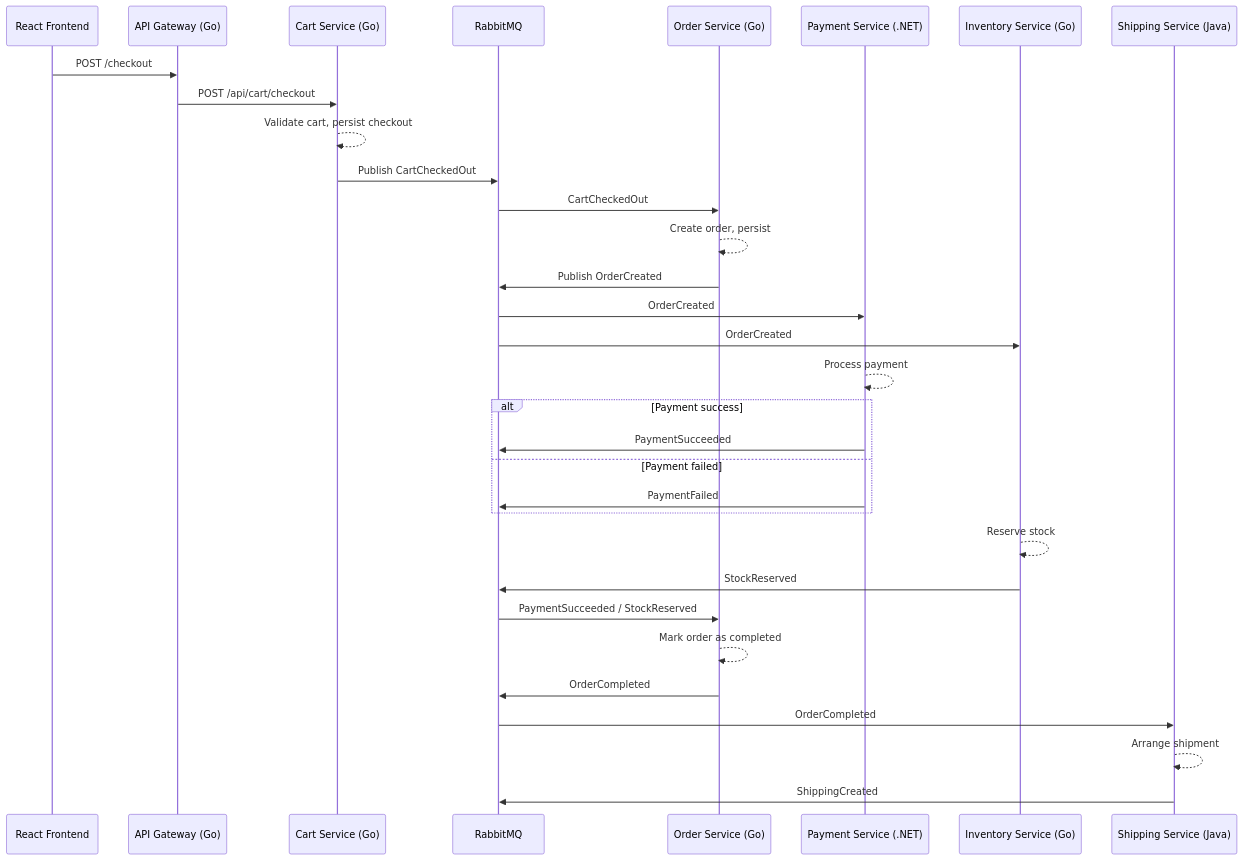
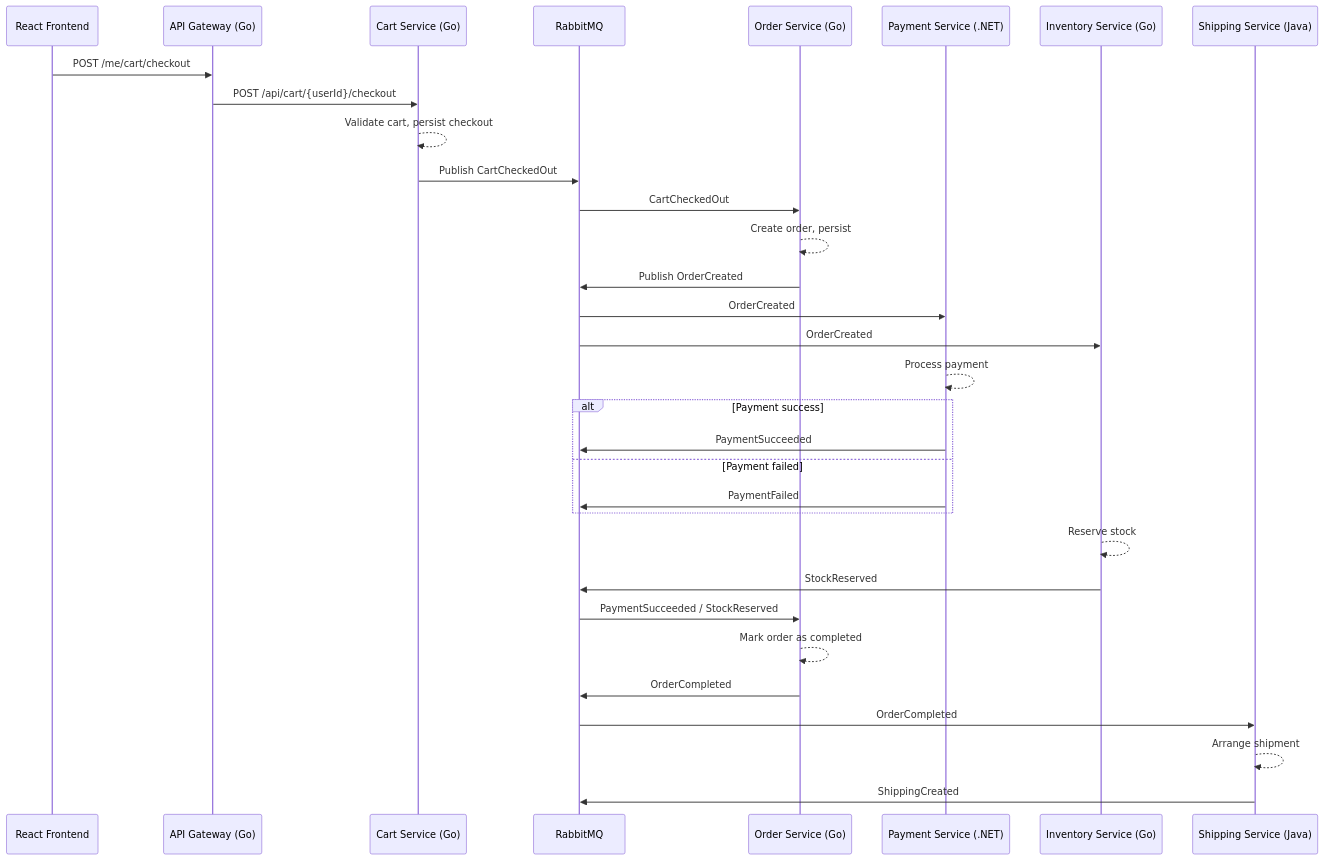
Before and after one commit to andreasstove999/ecommerce-system: the second of 4 diagrams in docs/architecture_overview.md, drawn with Mermaid. The commit also changed other lines of this file and 9 other files, not shown here.

````diff
--- a/docs/architecture_overview.md
+++ b/docs/architecture_overview.md
@@ -75,41 +75,41 @@
 ```mermaid
 sequenceDiagram
     participant UI as React Frontend
     participant GW as API Gateway (Go)
     participant CART as Cart Service (Go)
     participant MQ as RabbitMQ
     participant ORDER as Order Service (Go)
     participant PAY as Payment Service (.NET)
     participant INV as Inventory Service (Go)
     participant SHIP as Shipping Service (Java)
 
-    UI->>GW: POST /checkout
-    GW->>CART: POST /api/cart/checkout
+    UI->>GW: POST /me/cart/checkout
+    GW->>CART: POST /api/cart/{userId}/checkout
     CART-->>CART: Validate cart, persist checkout
     CART->>MQ: Publish CartCheckedOut
 
     MQ->>ORDER: CartCheckedOut
     ORDER-->>ORDER: Create order, persist
     ORDER->>MQ: Publish OrderCreated
 
     MQ->>PAY: OrderCreated
     MQ->>INV: OrderCreated
 
     PAY-->>PAY: Process payment
     alt Payment success
         PAY->>MQ: PaymentSucceeded
     else Payment failed
         PAY->>MQ: PaymentFailed
     end
 
     INV-->>INV: Reserve stock
     INV->>MQ: StockReserved
 
     MQ->>ORDER: PaymentSucceeded / StockReserved
     ORDER-->>ORDER: Mark order as completed
     ORDER->>MQ: OrderCompleted
 
     MQ->>SHIP: OrderCompleted
     SHIP-->>SHIP: Arrange shipment
     SHIP->>MQ: ShippingCreated
 ```
````
